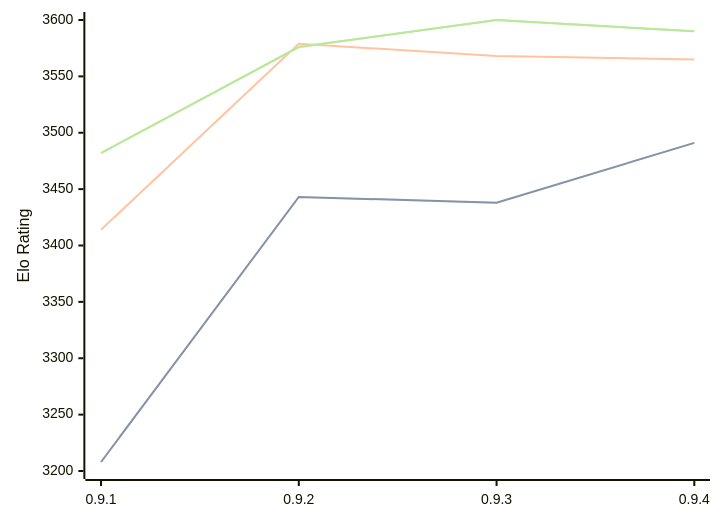
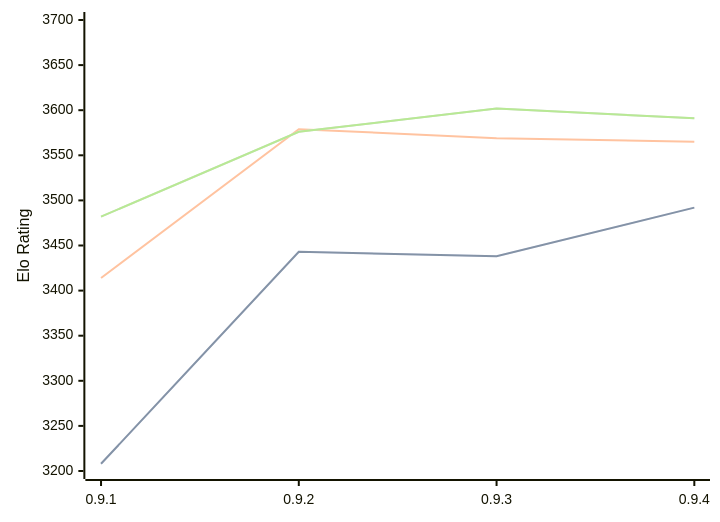
The diagram in engines/Coda.md (computer-chess-index/cci), drawn with Mermaid before and after one commit. The commit also changed other lines of this file, not shown here.

Commit message:
Update CCI Ratings (ELO VLTC) - 2026-10-02

````diff
--- a/engines/Coda.md
+++ b/engines/Coda.md
@@ -34,11 +34,11 @@
 ```mermaid
 %%{init: {"theme":"base","themeVariables":{"seriesColors:['#a3a3a3','#222221','#faa371']}}}%%
 xychart-beta
   x-axis ["0.9.1", "0.9.2", "0.9.3", "0.9.4"]
-  y-axis "Elo Rating" 3200 --> 3600
-  line "" [3208, 3443, 3438, 3491]
-  line "STC (8.0+0.08s)" [3208, 3443, 3438, 3491]
-  line "LTC (60.0+0.60s)" [3414, 3579, 3568, 3565]
-  line "" [3482, 3576, 3600, 3590]
-  line "VLTC (2m24s+1.12s)" [3482, 3576, 3600, 3590]
+  y-axis "Elo Rating" 3200 --> 3700
+  line "" [3208, 3443, 3438, 3492]
+  line "STC (8.0+0.08s)" [3208, 3443, 3438, 3492]
+  line "LTC (60.0+0.60s)" [3414, 3579, 3569, 3565]
+  line "" [3482, 3576, 3602, 3591]
+  line "VLTC (2m24s+1.12s)" [3482, 3576, 3602, 3591]
 ```
````
